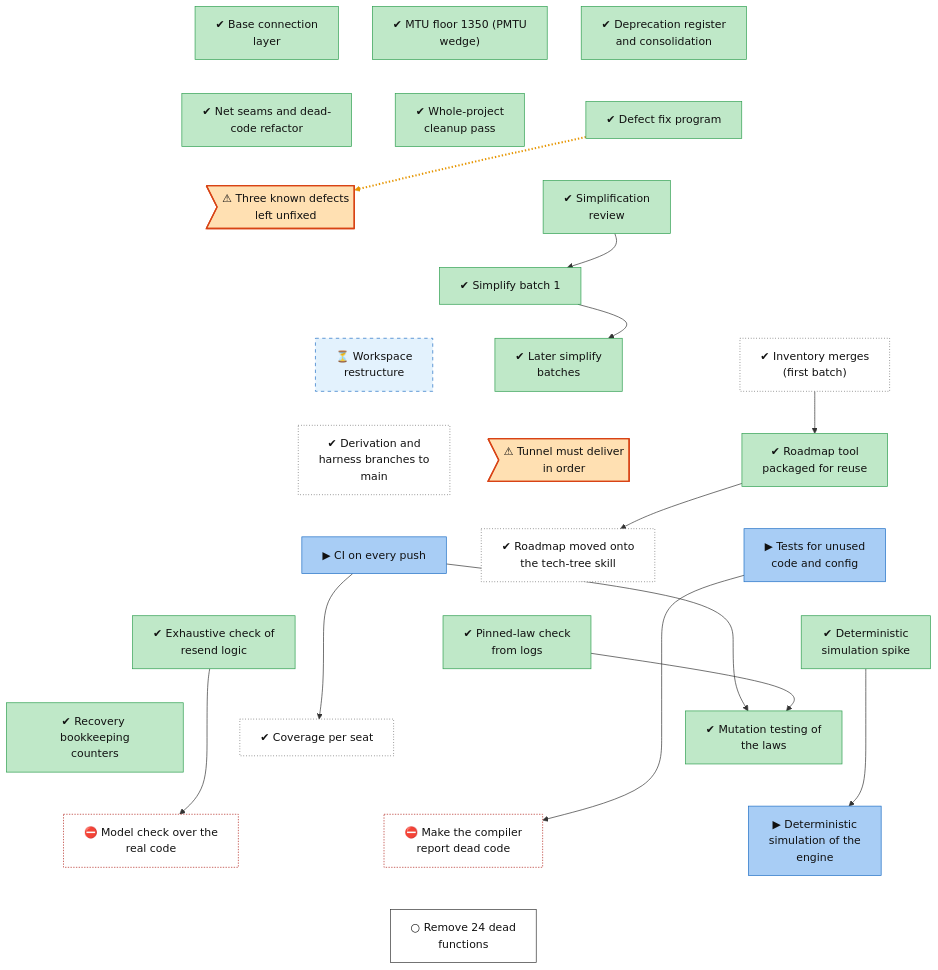
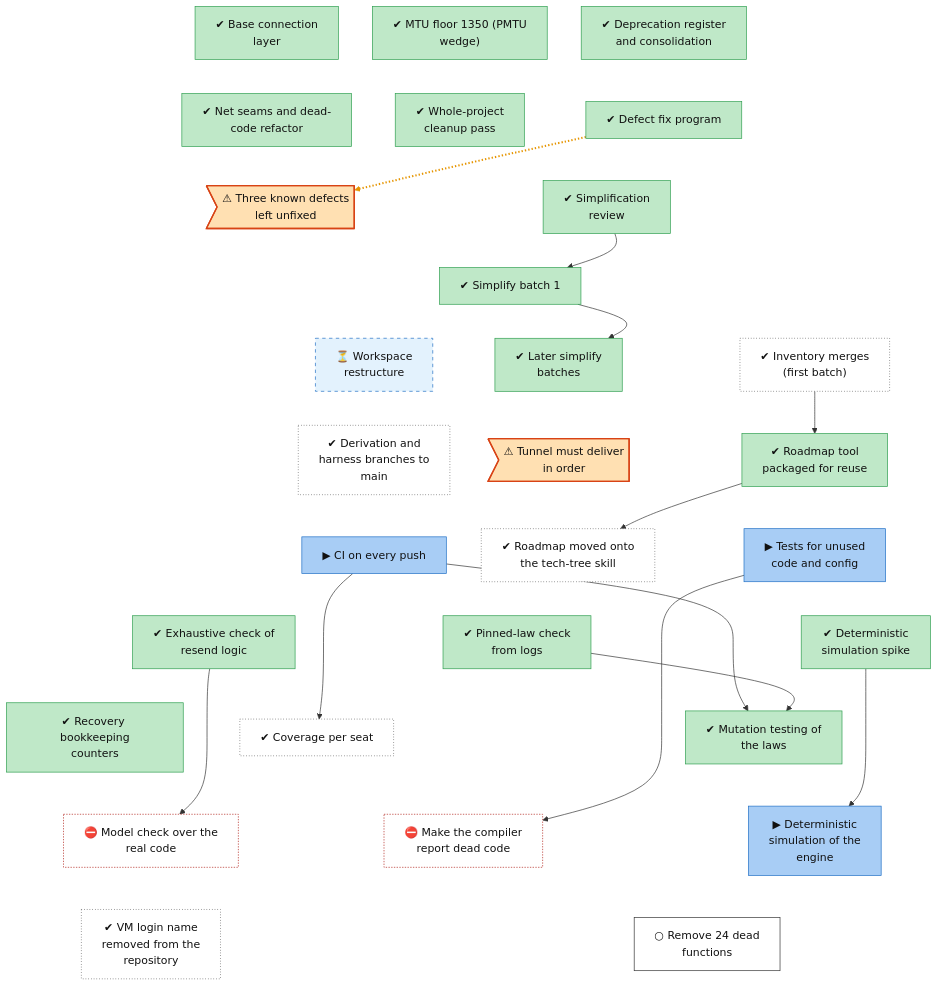
The diagram in docs/roadmap/tracks/infra.md (lhns/raptorpath), drawn with Mermaid before and after one commit. The commit also changed other lines of this file and 3 other files, not shown here.

Commit message:
roadmap: VM login name scrub done (owner decision: current files only, no history rewrite)

```diff
--- a/docs/roadmap/tracks/infra.md
+++ b/docs/roadmap/tracks/infra.md
@@ -36,6 +36,7 @@
     infra_test_model_real_decisions["⛔ Model check over the<br/>real code"]
     infra_test_pub_narrowing["⛔ Make the compiler<br/>report dead code"]
     infra_test_sim_engine["▶ Deterministic<br/>simulation of the<br/>engine"]
+    infra_scrub_vm_user["✔ VM login name<br/>removed from the<br/>repository"]
     infra_dead_code_batch["○ Remove 24 dead<br/>functions"]
     infra_early_platform ~~~ infra_net_seams
     infra_mtu_floor ~~~ infra_cleanup_0927
@@ -63,7 +64,7 @@
     infra_test_recovery_counters ~~~ infra_test_model_real_decisions
     infra_test_seat_coverage ~~~ infra_test_pub_narrowing
     infra_test_mutation ~~~ infra_test_sim_engine
-    infra_test_model_real_decisions ~~~ infra_dead_code_batch
+    infra_test_model_real_decisions ~~~ infra_scrub_vm_user
     infra_test_pub_narrowing ~~~ infra_dead_code_batch
     infra_test_sim_engine ~~~ infra_dead_code_batch
     infra_fix_program -.-> infra_defect_recorded_not_fixed
@@ -95,7 +96,7 @@
     class infra_early_platform,infra_mtu_floor,infra_consolidation,infra_net_seams,infra_cleanup_0927,infra_fix_program,infra_simplify_review,infra_simplify_batch1,infra_simplify_batch2,infra_tech_tree_skill,infra_test_pinned_law_check,infra_test_recovery_model,infra_test_sim_spike,infra_test_recovery_counters,infra_test_mutation succ
     class infra_defect_recorded_not_fixed,infra_tunnel_inorder_guard finding
     class infra_restructure waiting
-    class infra_inventory_merges,infra_derivation_merges,infra_roadmap_on_skill,infra_test_seat_coverage unrated
+    class infra_inventory_merges,infra_derivation_merges,infra_roadmap_on_skill,infra_test_seat_coverage,infra_scrub_vm_user unrated
     class infra_test_ci_gate,infra_test_static_audits,infra_test_sim_engine inprog
     class infra_test_model_real_decisions,infra_test_pub_narrowing blocked
     class infra_dead_code_batch next
```
